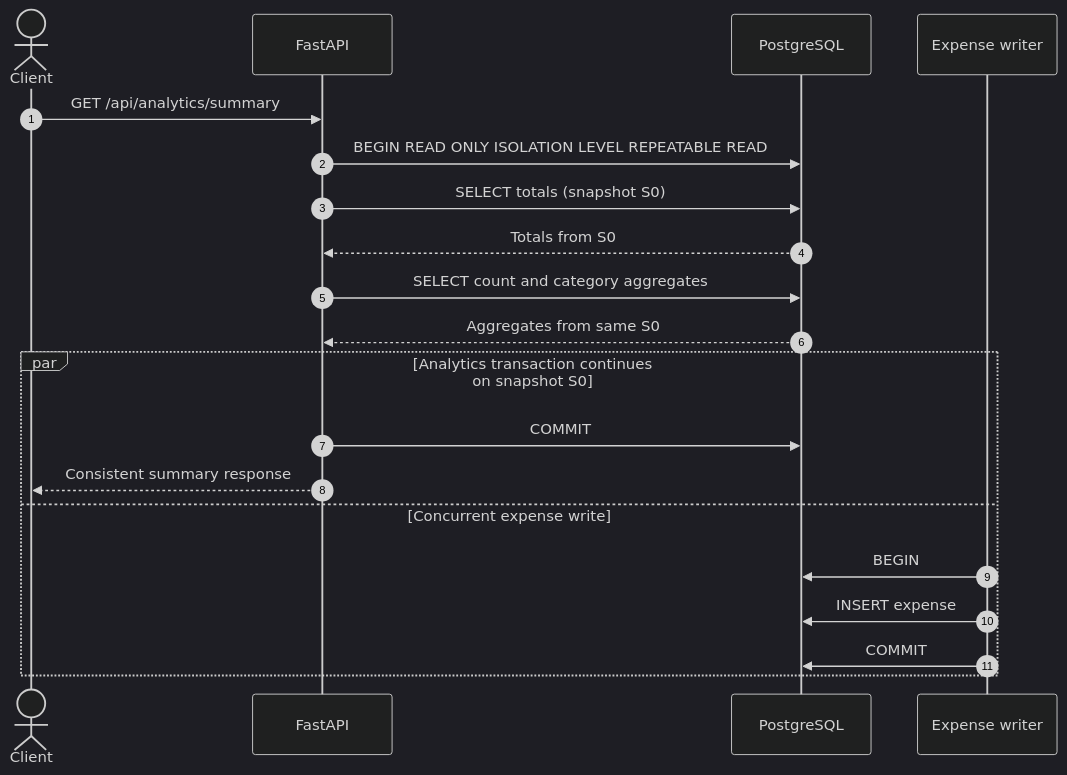
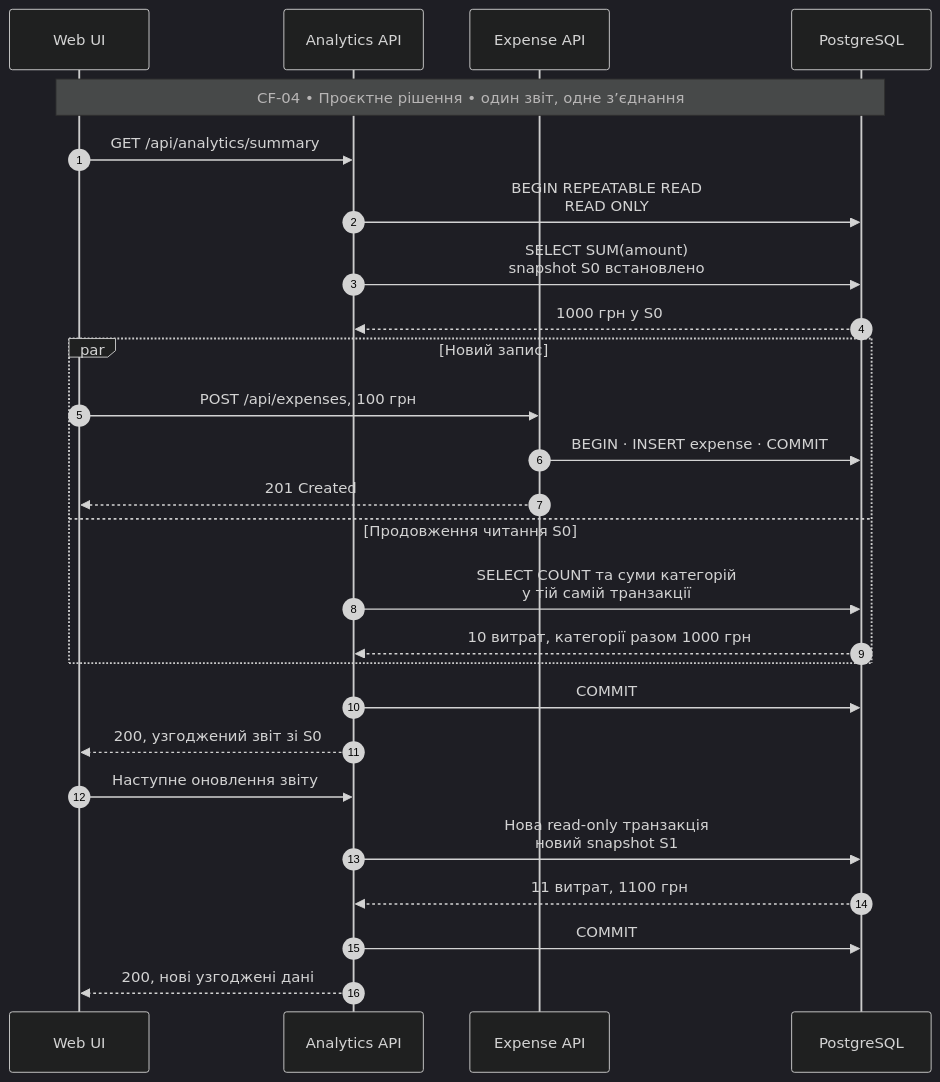
One commit to Plastivtsi/Finance-analysis changed the fourth of 5 diagrams in docs/patterns.md. Above: the diagram before and after it, drawn with Mermaid (dark theme). The commit also changed other lines of this file, not shown here.

````diff
--- a/docs/patterns.md
+++ b/docs/patterns.md
@@ -334,24 +340,28 @@
 ```mermaid
 sequenceDiagram
     autonumber
-    actor C as Client
-    participant API as FastAPI
-    participant DB as PostgreSQL
-    participant W as Expense writer
-
-    C->>API: GET /api/analytics/summary
-    API->>DB: BEGIN READ ONLY ISOLATION LEVEL REPEATABLE READ
-    API->>DB: SELECT totals (snapshot S0)
-    DB-->>API: Totals from S0
-    API->>DB: SELECT count and category aggregates
-    DB-->>API: Aggregates from same S0
-
-    par Analytics transaction continues on snapshot S0
-        API->>DB: COMMIT
-        API-->>C: Consistent summary response
-    and Concurrent expense write
-        W->>DB: BEGIN
-        W->>DB: INSERT expense
-        W->>DB: COMMIT
+    participant U as Web UI
+    participant R as Analytics API
+    participant W as Expense API
+    participant D as PostgreSQL
+    Note over U,D: CF-04 • Проєктне рішення • один звіт, одне з’єднання
+    U->>R: GET /api/analytics/summary
+    R->>D: BEGIN REPEATABLE READ<br/>READ ONLY
+    R->>D: SELECT SUM(amount)<br/>snapshot S0 встановлено
+    D-->>R: 1000 грн у S0
+    par Новий запис
+        U->>W: POST /api/expenses, 100 грн
+        W->>D: BEGIN · INSERT expense · COMMIT
+        W-->>U: 201 Created
+    and Продовження читання S0
+        R->>D: SELECT COUNT та суми категорій<br/>у тій самій транзакції
+        D-->>R: 10 витрат, категорії разом 1000 грн
     end
+    R->>D: COMMIT
+    R-->>U: 200, узгоджений звіт зі S0
+    U->>R: Наступне оновлення звіту
+    R->>D: Нова read-only транзакція<br/>новий snapshot S1
+    D-->>R: 11 витрат, 1100 грн
+    R->>D: COMMIT
+    R-->>U: 200, нові узгоджені дані
 ```
````
